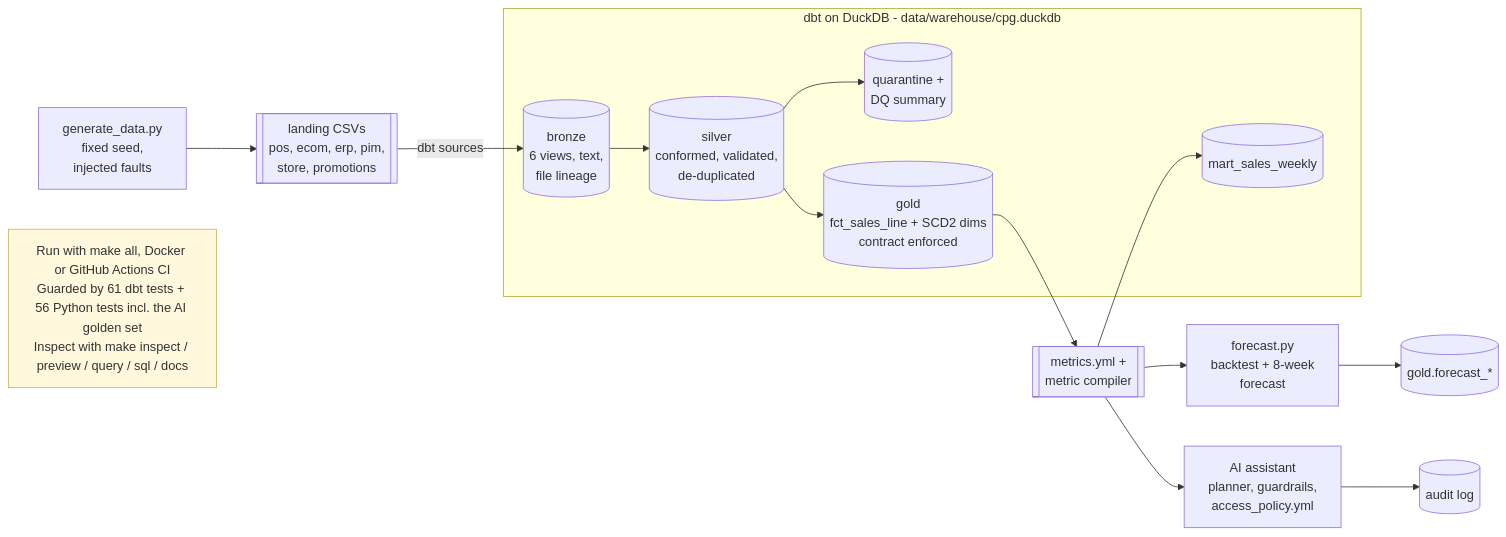
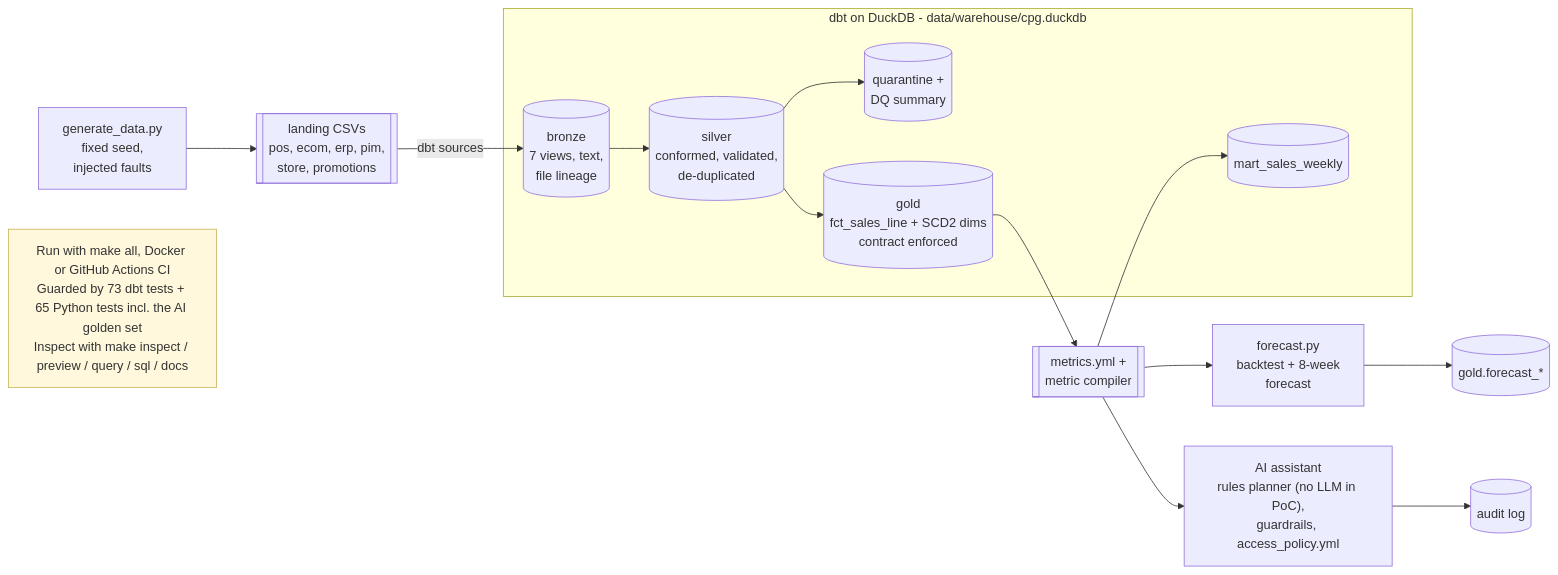
One commit to ashok100025/cpg-data-ai-modernization changed the diagram in docs/architecture/diagrams/04_poc_architecture.mmd. Above: the diagram before and after it, drawn with Mermaid. The commit also changed 16 other files, not shown here.

First line of the commit message:
Block 8: video script, teleprompter, AI question-flow diagram

```diff
--- a/docs/architecture/diagrams/04_poc_architecture.mmd
+++ b/docs/architecture/diagrams/04_poc_architecture.mmd
@@ -1,30 +1,30 @@
 flowchart LR
   GEN["generate_data.py<br/>fixed seed,<br/>injected faults"]
   LAND[["landing CSVs<br/>pos, ecom, erp, pim,<br/>store, promotions"]]
-  BRZ[("bronze<br/>6 views, text,<br/>file lineage")]
+  BRZ[("bronze<br/>7 views, text,<br/>file lineage")]
   SLV[("silver<br/>conformed, validated,<br/>de-duplicated")]
   QUAR[("quarantine +<br/>DQ summary")]
   GLD[("gold<br/>fct_sales_line + SCD2 dims<br/>contract enforced")]
   MET[["metrics.yml +<br/>metric compiler"]]
   MART[("mart_sales_weekly")]
   FC["forecast.py<br/>backtest + 8-week<br/>forecast"]
   FCT[("gold.forecast_*")]
-  AI["AI assistant<br/>planner, guardrails,<br/>access_policy.yml"]
+  AI["AI assistant<br/>rules planner (no LLM in PoC),<br/>guardrails, access_policy.yml"]
   AUD[("audit log")]
 
   GEN --> LAND -- "dbt sources" --> BRZ --> SLV --> GLD --> MET
   SLV --> QUAR
   MET --> MART
   MET --> FC --> FCT
   MET --> AI --> AUD
 
   subgraph DBT["dbt on DuckDB - data/warehouse/cpg.duckdb"]
     BRZ
     SLV
     QUAR
     GLD
     MART
   end
 
-  NOTE["Run with make all, Docker or GitHub Actions CI<br/>Guarded by 61 dbt tests + 56 Python tests incl. the AI golden set<br/>Inspect with make inspect / preview / query / sql / docs"]
+  NOTE["Run with make all, Docker or GitHub Actions CI<br/>Guarded by 73 dbt tests + 65 Python tests incl. the AI golden set<br/>Inspect with make inspect / preview / query / sql / docs"]
   style NOTE fill:#fff8dc,stroke:#c9b458
```
